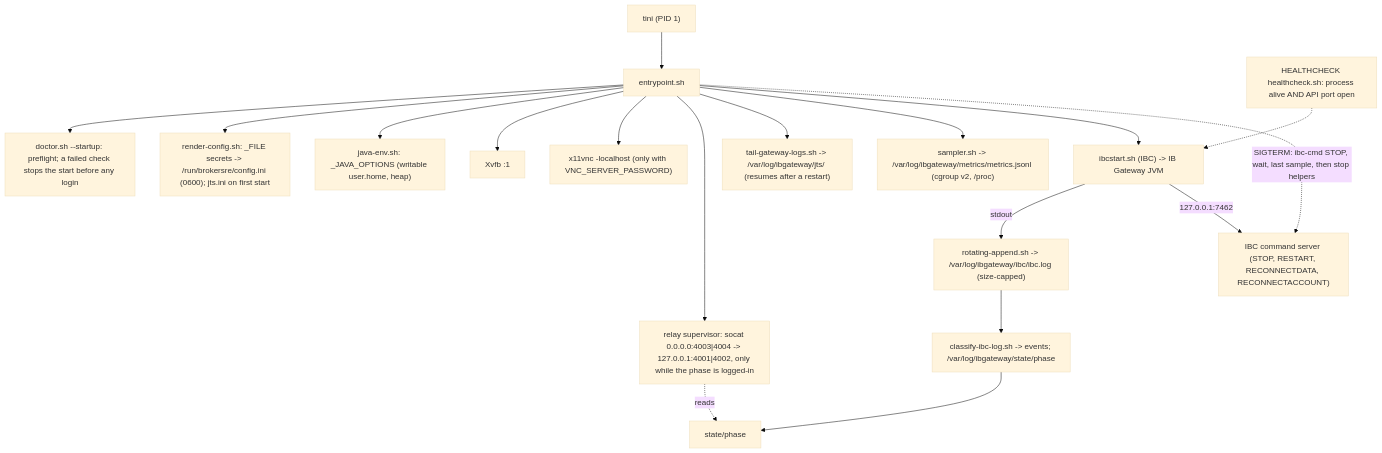
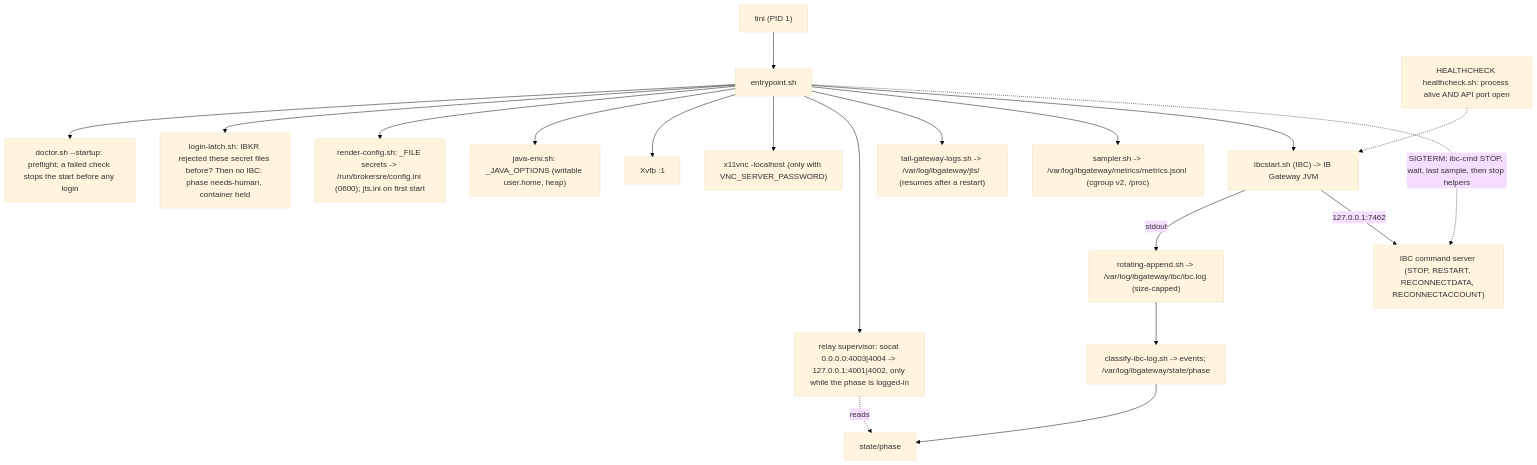
One commit to RocketEdge/brokersre-ib-gateway changed the second of 3 diagrams in docs/architecture.md. Above: the diagram before and after it, drawn with Mermaid (base theme). The commit also changed 9 other files, not shown here.

First line of the commit message:
docs: record the rejected-login latch (ADR 0016)

````diff
--- a/docs/architecture.md
+++ b/docs/architecture.md
@@ -21,20 +21,21 @@
 ```mermaid
 flowchart TB
   tini["tini (PID 1)"] --> ep["entrypoint.sh"]
   ep --> doctor["doctor.sh --startup: preflight; a failed check stops the start before any login"]
+  ep --> latch["login-latch.sh: IBKR rejected these secret files before? Then no IBC: phase needs-human, container held"]
   ep --> render["render-config.sh: _FILE secrets -> /run/brokersre/config.ini (0600); jts.ini on first start"]
   ep --> javaenv["java-env.sh: _JAVA_OPTIONS (writable user.home, heap)"]
   ep --> xvfb["Xvfb :1"]
   ep --> vnc["x11vnc -localhost (only with VNC_SERVER_PASSWORD)"]
   ep --> relay["relay supervisor: socat 0.0.0.0:4003|4004 -> 127.0.0.1:4001|4002, only while the phase is logged-in"]
   ep --> tail["tail-gateway-logs.sh -> /var/log/ibgateway/jts/ (resumes after a restart)"]
   ep --> sampler["sampler.sh -> /var/log/ibgateway/metrics/metrics.jsonl (cgroup v2, /proc)"]
   ep --> ibc["ibcstart.sh (IBC) -> IB Gateway JVM"]
   ibc -- "stdout" --> rot["rotating-append.sh -> /var/log/ibgateway/ibc/ibc.log (size-capped)"]
   rot --> classify["classify-ibc-log.sh -> events; /var/log/ibgateway/state/phase"]
   relay -. "reads" .-> phase["state/phase"]
   classify --> phase
   ibc -- "127.0.0.1:7462" --> cmd["IBC command server (STOP, RESTART, RECONNECTDATA, RECONNECTACCOUNT)"]
   ep -. "SIGTERM: ibc-cmd STOP, wait, last sample, then stop helpers" .-> cmd
   hc["HEALTHCHECK healthcheck.sh: process alive AND API port open"] -.-> ibc
 ```
````
